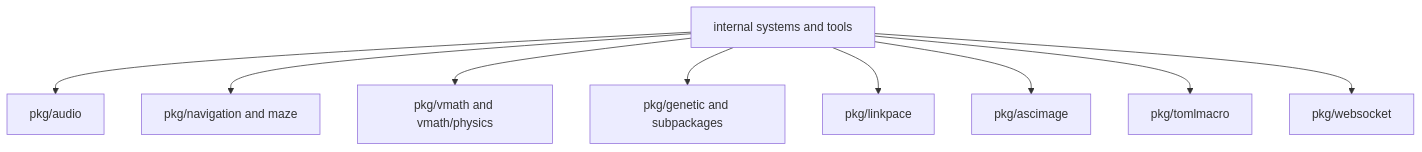
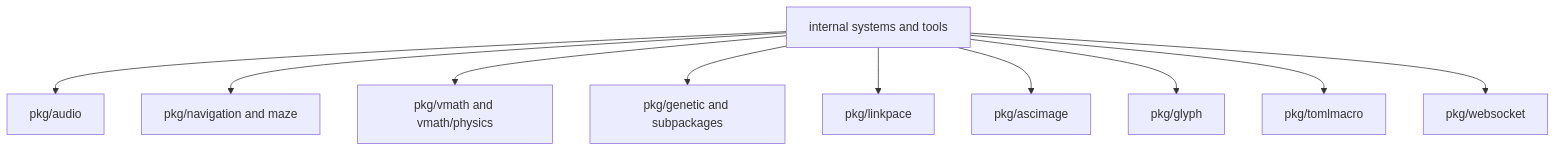
One commit to lixenwraith/vif changed the fourth of 4 diagrams in doc/package-map.md. Above: the diagram before and after it, drawn with Mermaid. The commit also changed other lines of this file and 6 other files, not shown here.

````diff
--- a/doc/package-map.md
+++ b/doc/package-map.md
@@ -108,11 +108,12 @@
 ```mermaid
 flowchart TD
     Game["internal systems and tools"] --> Audio["pkg/audio"]
     Game --> Nav["pkg/navigation and maze"]
     Game --> Physics["pkg/vmath and vmath/physics"]
     Game --> Genetic["pkg/genetic and subpackages"]
     Game --> Link["pkg/linkpace"]
     Game --> Image["pkg/ascimage"]
+    Game --> Glyph["pkg/glyph"]
     Game --> Macro["pkg/tomlmacro"]
     Game --> Socket["pkg/websocket"]
 ```
````
